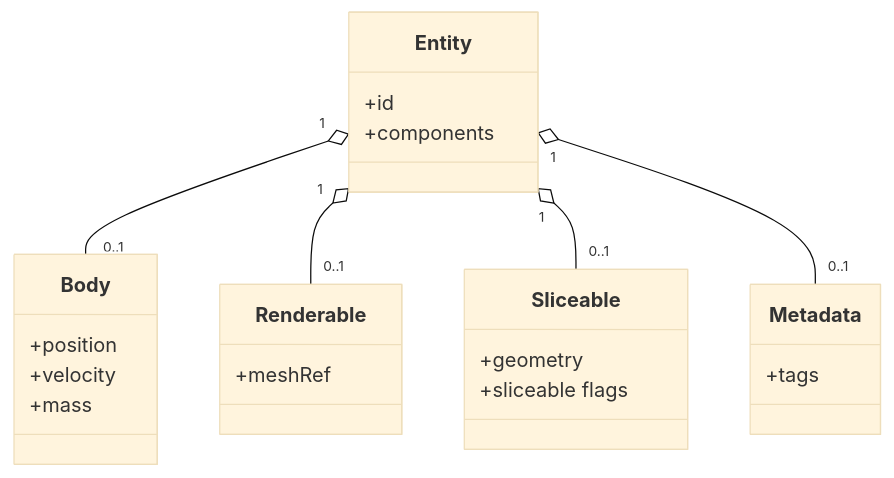
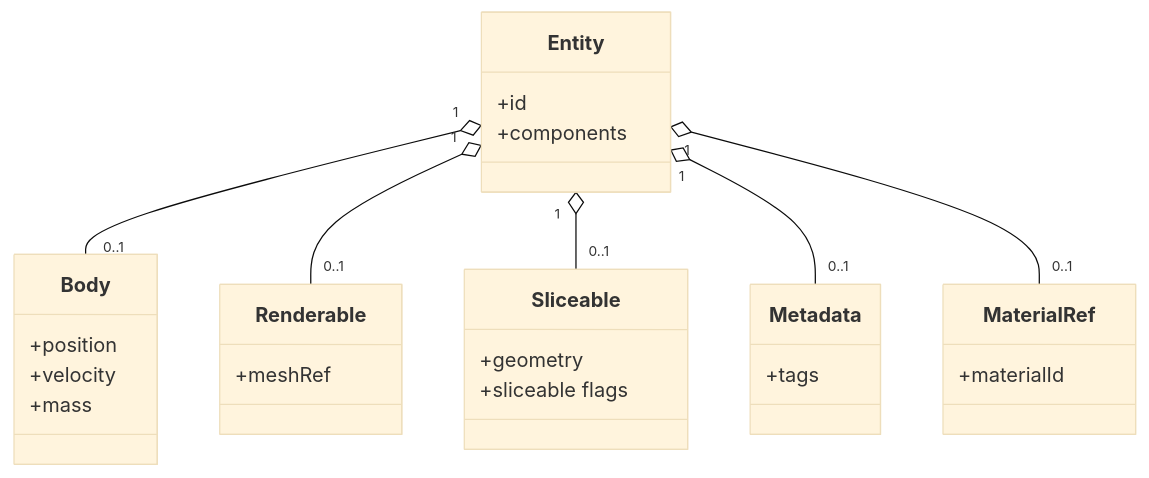
The second of 5 diagrams in docs/ARCHITECTURE.md (RohanFredriksson/vanilla-slice), drawn with Mermaid (base theme) before and after one commit. The commit also changed other lines of this file and 52 other files, not shown here.

````diff
--- a/docs/ARCHITECTURE.md
+++ b/docs/ARCHITECTURE.md
@@ -92,27 +111,31 @@
 ```mermaid
 classDiagram
     class Entity {
         +id
         +components
     }
     class Body {
         +position
         +velocity
         +mass
     }
     class Renderable {
         +meshRef
     }
     class Sliceable {
         +geometry
         +sliceable flags
     }
     class Metadata {
         +tags
     }
+    class MaterialRef {
+        +materialId
+    }
 
     Entity "1" o-- "0..1" Body
     Entity "1" o-- "0..1" Renderable
     Entity "1" o-- "0..1" Sliceable
     Entity "1" o-- "0..1" Metadata
+    Entity "1" o-- "0..1" MaterialRef
 ```
````
